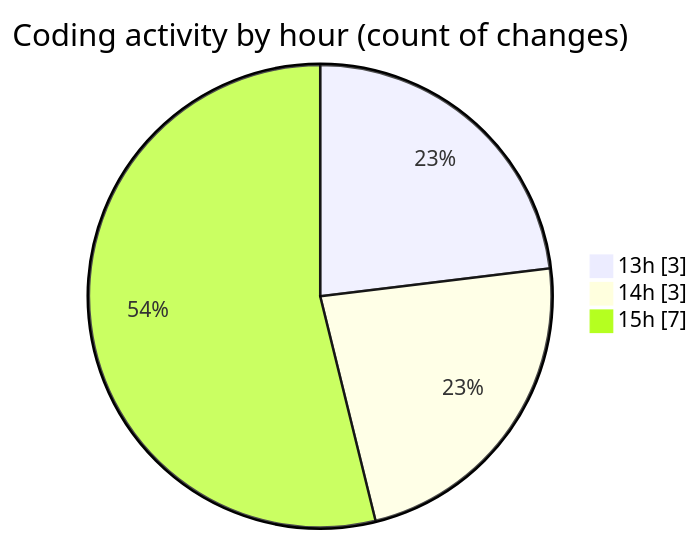
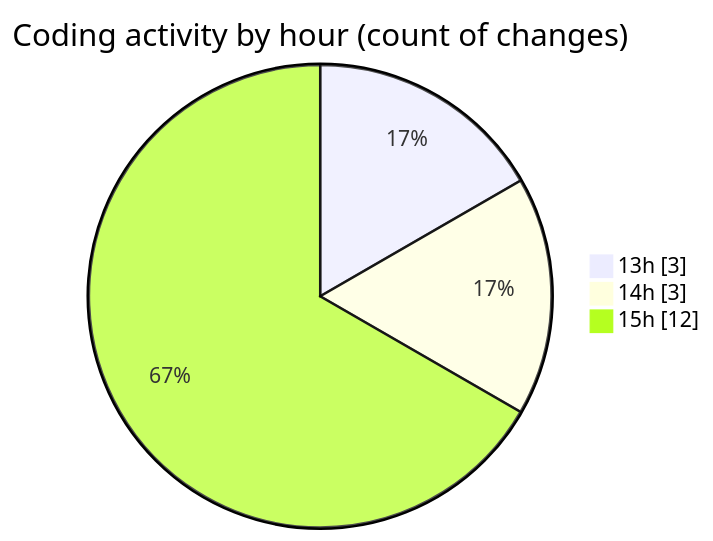
The second of 2 diagrams in 2025-06-15/studio-backend/README.md (idhammustaqopulfikri/code-tracking), drawn with Mermaid before and after one commit. The commit also changed other lines of this file and 1 other file, not shown here.

````diff
--- a/2025-06-15/studio-backend/README.md
+++ b/2025-06-15/studio-backend/README.md
@@ -34,7 +35,7 @@
 ```mermaid
 pie showData
 title Coding activity by hour (count of changes)
 "13h" : 3
 "14h" : 3
-"15h" : 7
+"15h" : 12
 ```
````
